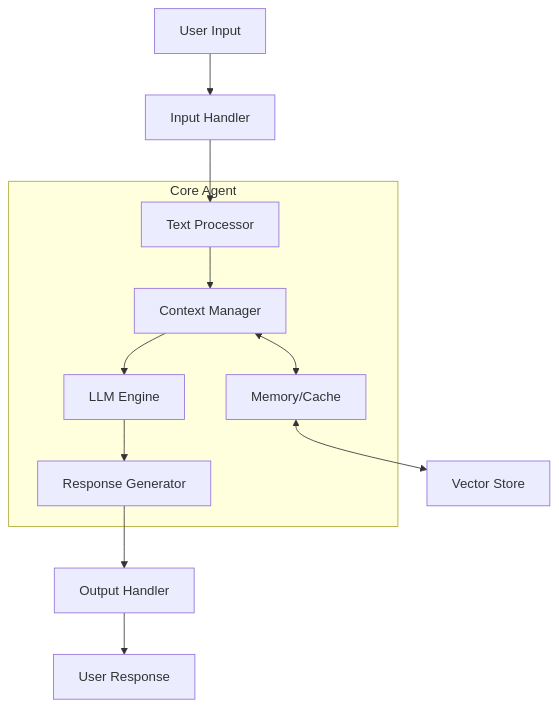
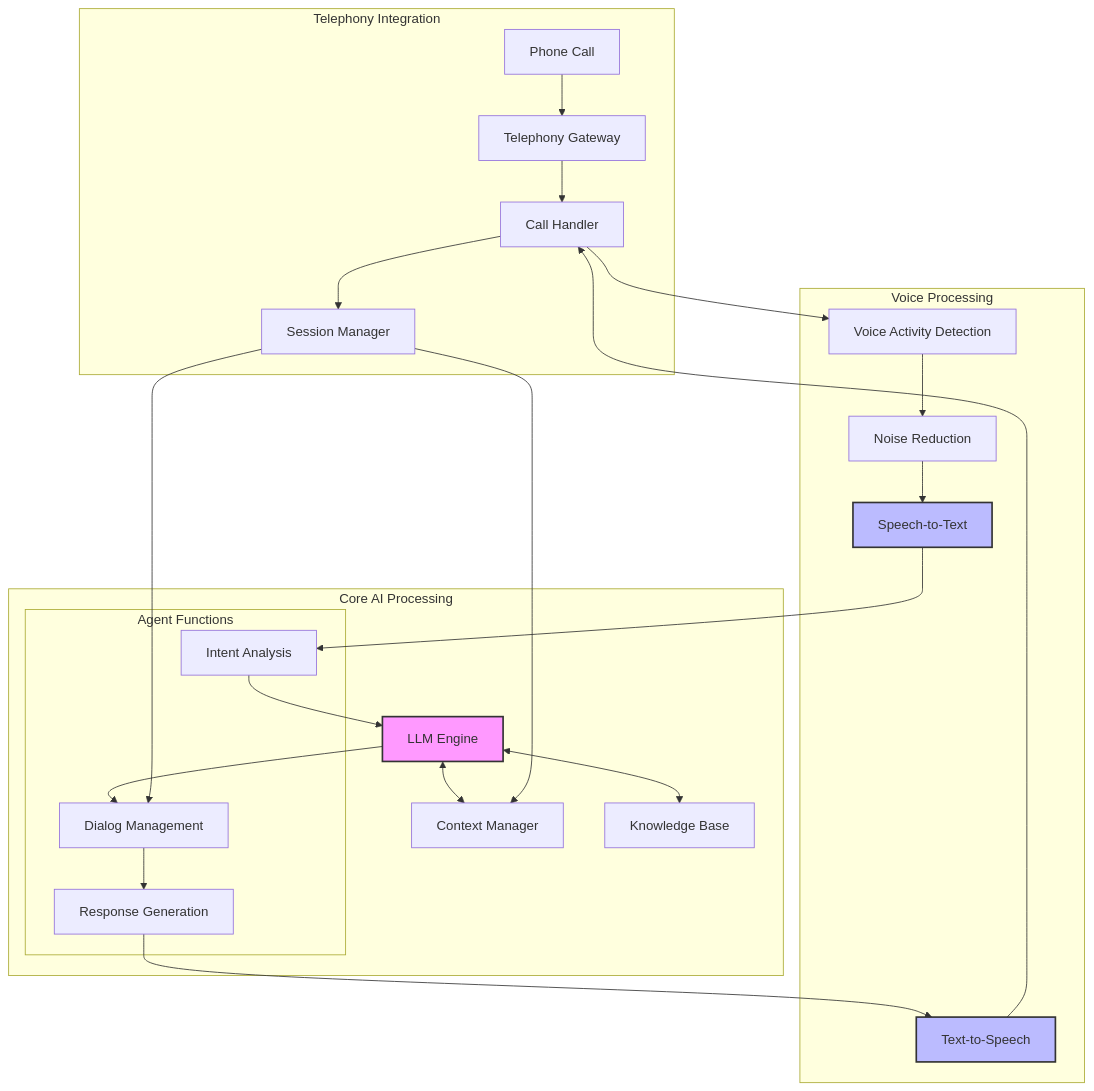
One commit to sap1119/SUNONAH changed the second of 3 diagrams in README.md. Above: the diagram before and after it, drawn with Mermaid. The commit also changed other lines of this file, not shown here.

Commit message:
Update architecture diagrams to focus on voice agent implementation

````diff
--- a/README.md
+++ b/README.md
@@ -19,16 +105,48 @@
 ```mermaid
 graph TD
-    User[User Input] --> InputHandler[Input Handler]
-    InputHandler --> TextProcessor[Text Processor]
-    
-    subgraph Core Agent
-        TextProcessor --> ContextManager[Context Manager]
-        ContextManager --> LLMEngine[LLM Engine]
-        LLMEngine --> ResponseGenerator[Response Generator]
-        ContextManager <--> Memory[Memory/Cache]
+    subgraph "Telephony Integration"
+        Phone[Phone Call] --> Gateway[Telephony Gateway]
+        Gateway --> CallHandler[Call Handler]
+        CallHandler --> SessionMgr[Session Manager]
     end
-    
-    ResponseGenerator --> OutputHandler[Output Handler]
-    OutputHandler --> UserResponse[User Response]
-    Memory <--> VectorStore[Vector Store]
+
+    subgraph "Voice Processing"
+        STT[Speech-to-Text]
+        VAD[Voice Activity Detection]
+        NR[Noise Reduction]
+        TTS[Text-to-Speech]
+    end
+
+    subgraph "Core AI Processing"
+        LLM[LLM Engine]
+        Context[Context Manager]
+        KB[Knowledge Base]
+        
+        subgraph "Agent Functions"
+            Intent[Intent Analysis]
+            Dialog[Dialog Management]
+            Response[Response Generation]
+        end
+    end
+
+    %% Call Flow
+    CallHandler --> VAD
+    VAD --> NR
+    NR --> STT
+    STT --> Intent
+    Intent --> LLM
+    LLM <--> Context
+    LLM <--> KB
+    LLM --> Dialog
+    Dialog --> Response
+    Response --> TTS
+    TTS --> CallHandler
+
+    %% Session Management
+    SessionMgr --> Context
+    SessionMgr --> Dialog
+
+    style LLM fill:#f9f,stroke:#333,stroke-width:2px
+    style STT fill:#bbf,stroke:#333,stroke-width:2px
+    style TTS fill:#bbf,stroke:#333,stroke-width:2px
 ```
````
